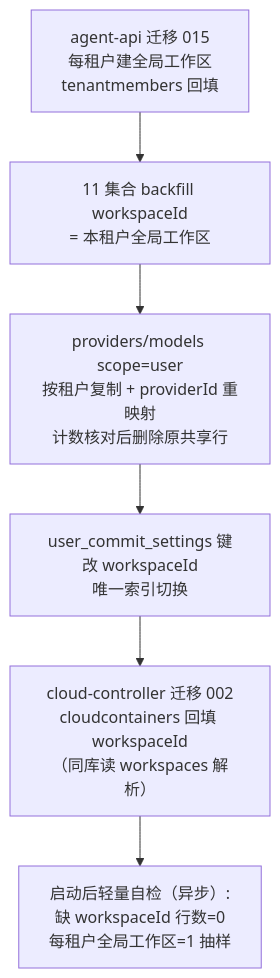
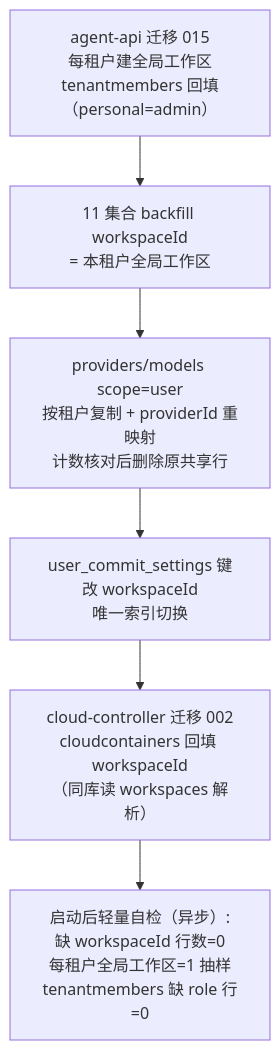
One commit to Deliay/z-agent-gear changed the eighth of 8 diagrams in docs/engineering/proposals/20261028-feat-multi-tenant-phase2.md. Above: the diagram before and after it, drawn with Mermaid. The commit also changed other lines of this file and 3 other files, not shown here.

````diff
--- a/docs/engineering/proposals/20261028-feat-multi-tenant-phase2.md
+++ b/docs/engineering/proposals/20261028-feat-multi-tenant-phase2.md
@@ -428,8 +500,8 @@
 ```mermaid
 flowchart TD
-    M1[agent-api 迁移 015<br/>每租户建全局工作区<br/>tenantmembers 回填] --> M2[11 集合 backfill workspaceId<br/>= 本租户全局工作区]
+    M1[agent-api 迁移 015<br/>每租户建全局工作区<br/>tenantmembers 回填（personal=admin）] --> M2[11 集合 backfill workspaceId<br/>= 本租户全局工作区]
     M2 --> M3[providers/models scope=user<br/>按租户复制 + providerId 重映射<br/>计数核对后删除原共享行]
     M3 --> M4[user_commit_settings 键改 workspaceId<br/>唯一索引切换]
     M4 --> M5[cloud-controller 迁移 002<br/>cloudcontainers 回填 workspaceId<br/>（同库读 workspaces 解析）]
-    M5 --> V[启动后轻量自检（异步）:<br/>缺 workspaceId 行数=0<br/>每租户全局工作区=1 抽样]
+    M5 --> V[启动后轻量自检（异步）:<br/>缺 workspaceId 行数=0<br/>每租户全局工作区=1 抽样<br/>tenantmembers 缺 role 行=0]
 ```
````
